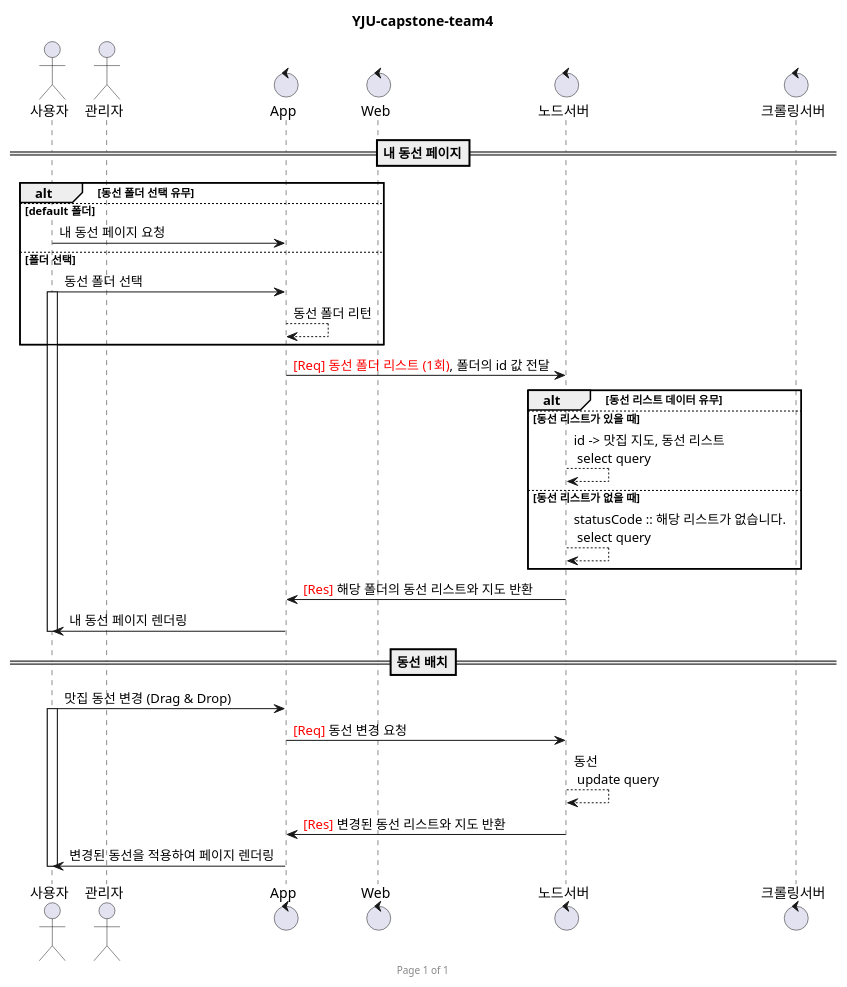
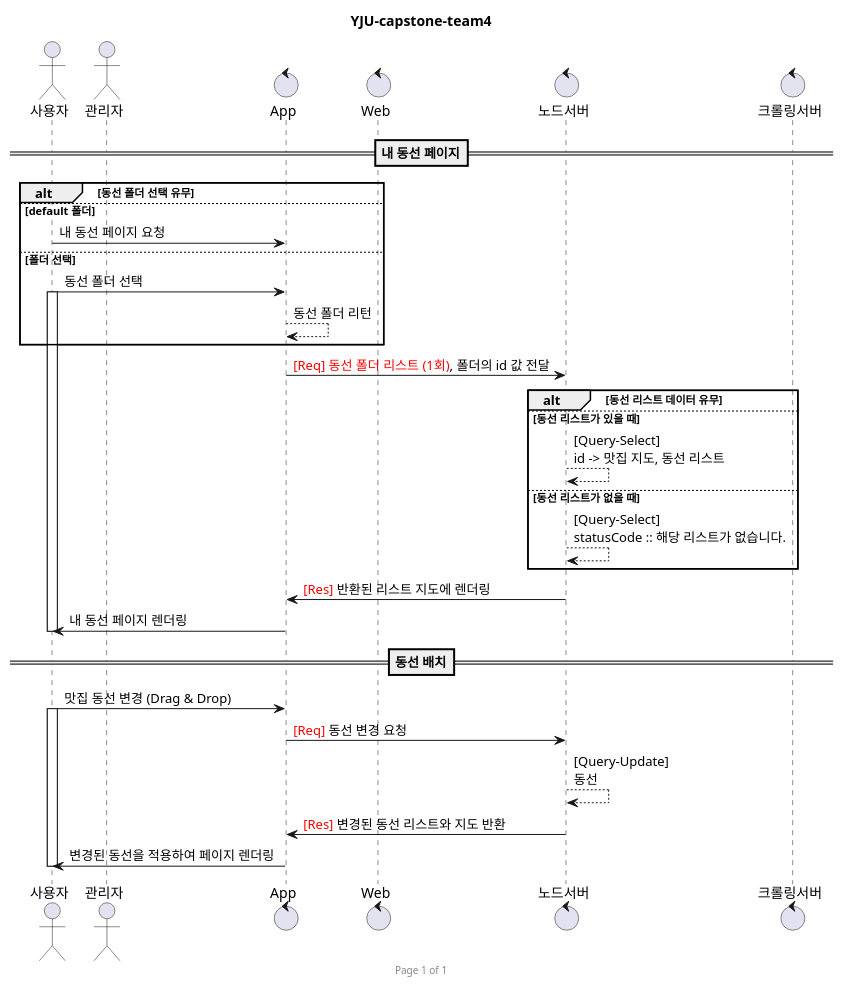
The diagram in check_course.wsd (Samsam-lee/React.js-project-AdminWeb), drawn with PlantUML before and after one commit. The commit also changed 3 other files, not shown here.

```diff
--- a/check_course.wsd
+++ b/check_course.wsd
@@ -1,44 +1,44 @@
 @startuml
 
 title YJU-capstone-team4
 footer Page %page% of %lastpage%
 
 actor 사용자 as User
 actor 관리자 as Admin
 
 control App
 control Web
 control 노드서버 as Node
 control 크롤링서버 as Lamda
 
 
 ==내 동선 페이지==
 alt 동선 폴더 선택 유무
 else default 폴더
     User -> App : 내 동선 페이지 요청
 else 폴더 선택
     User -> App : 동선 폴더 선택
 activate User
         App --> App : 동선 폴더 리턴
 end
         App -> Node : <font color=red>[Req] 동선 폴더 리스트 (1회)</font>, 폴더의 id 값 전달
             alt 동선 리스트 데이터 유무
                 else 동선 리스트가 있을 때
-                    Node --> Node : id -> 맛집 지도, 동선 리스트 \n select query
+                    Node --> Node : [Query-Select]\nid -> 맛집 지도, 동선 리스트
                 else 동선 리스트가 없을 때
-                    Node --> Node : statusCode :: 해당 리스트가 없습니다. \n select query
+                    Node --> Node : [Query-Select]\nstatusCode :: 해당 리스트가 없습니다.
             end
-        Node -> App : <font color=red>[Res]</font> 해당 폴더의 동선 리스트와 지도 반환
+        Node -> App : <font color=red>[Res]</font> 반환된 리스트 지도에 렌더링
     App -> User : 내 동선 페이지 렌더링
 deactivate User
 
 ==동선 배치==
 User -> App : 맛집 동선 변경 (Drag & Drop)
 activate User
     App -> Node : <font color=red>[Req]</font> 동선 변경 요청
-        Node --> Node : 동선 \n update query
+        Node --> Node : [Query-Update]\n동선
     Node -> App : <font color=red>[Res]</font> 변경된 동선 리스트와 지도 반환
 App -> User : 변경된 동선을 적용하여 페이지 렌더링
 deactivate User
 
 @enduml
```
